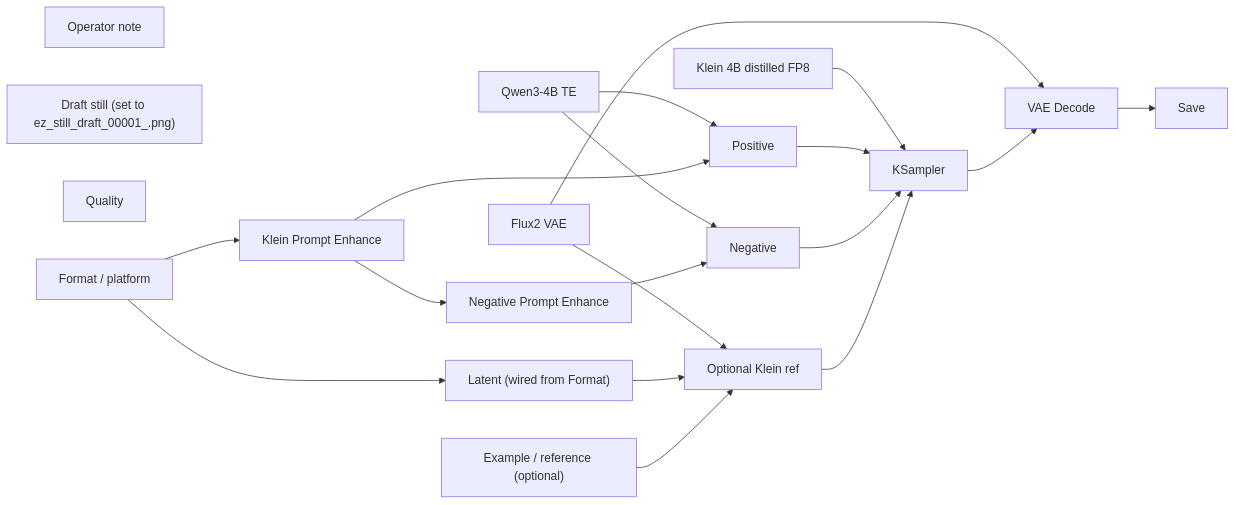
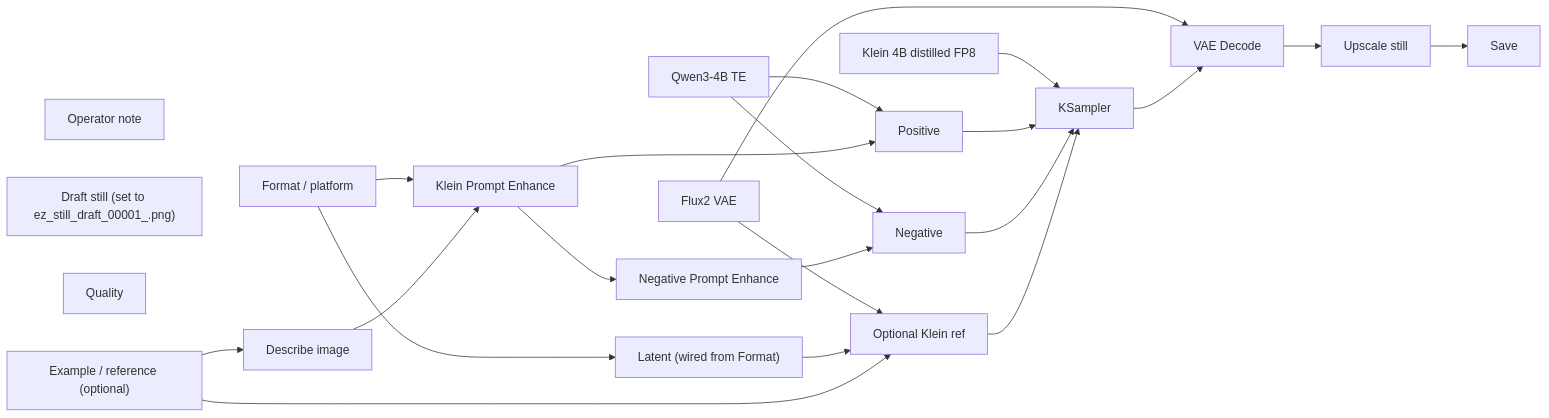
Before and after one commit to toxicoder/ez-comfy-stack: the diagram in docs/generated/workflows/stills/still-hero.md, drawn with Mermaid. The commit also changed other lines of this file and 405 other files, not shown here.

First line of the commit message:
feat: add still upscale, describe-in-enhance, and background-swap App

````diff
--- a/docs/generated/workflows/stills/still-hero.md
+++ b/docs/generated/workflows/stills/still-hero.md
@@ -56,37 +56,42 @@
 ```mermaid
 flowchart LR
   N1["Klein 4B distilled FP8"]
   N2["Qwen3-4B TE"]
   N3["Flux2 VAE"]
   N4["Positive"]
   N5["Negative"]
   N6["Latent (wired from Format)"]
   N7["KSampler"]
   N8["VAE Decode"]
   N9["Save"]
   N10["Operator note"]
   N11["Draft still (set to ez_still_draft_00001_.png)"]
   N12["Klein Prompt Enhance"]
   N13["Negative Prompt Enhance"]
   N14["Quality"]
   N15["Format / platform"]
   N16["Example / reference (optional)"]
   N17["Optional Klein ref"]
+  N18["Upscale still"]
+  N19["Describe image"]
   N1 --> N7
   N2 --> N4
   N2 --> N5
   N3 --> N8
   N3 --> N17
   N4 --> N7
   N5 --> N7
   N6 --> N17
   N7 --> N8
-  N8 --> N9
+  N8 --> N18
   N12 --> N4
   N12 --> N13
   N13 --> N5
   N15 --> N6
   N15 --> N12
   N16 --> N17
+  N16 --> N19
   N17 --> N7
+  N18 --> N9
+  N19 --> N12
 ```
````
